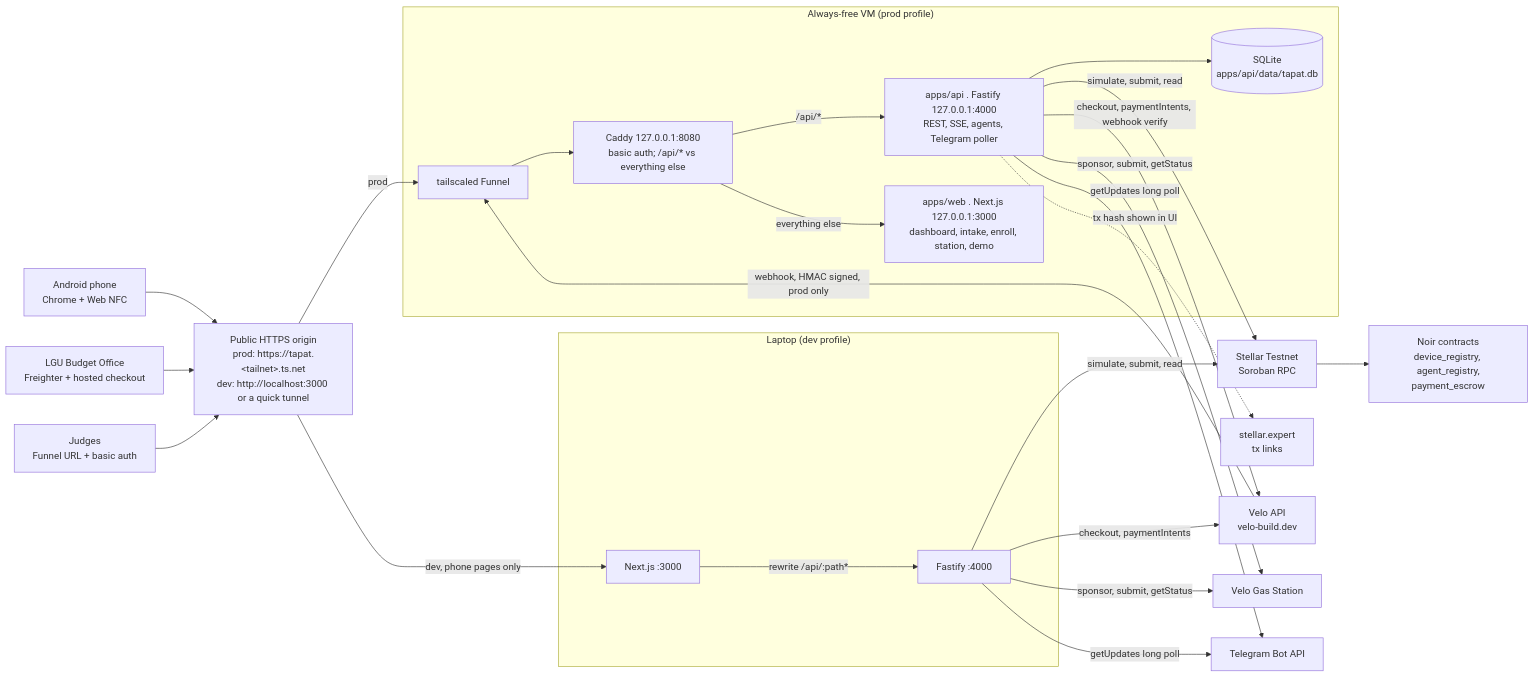
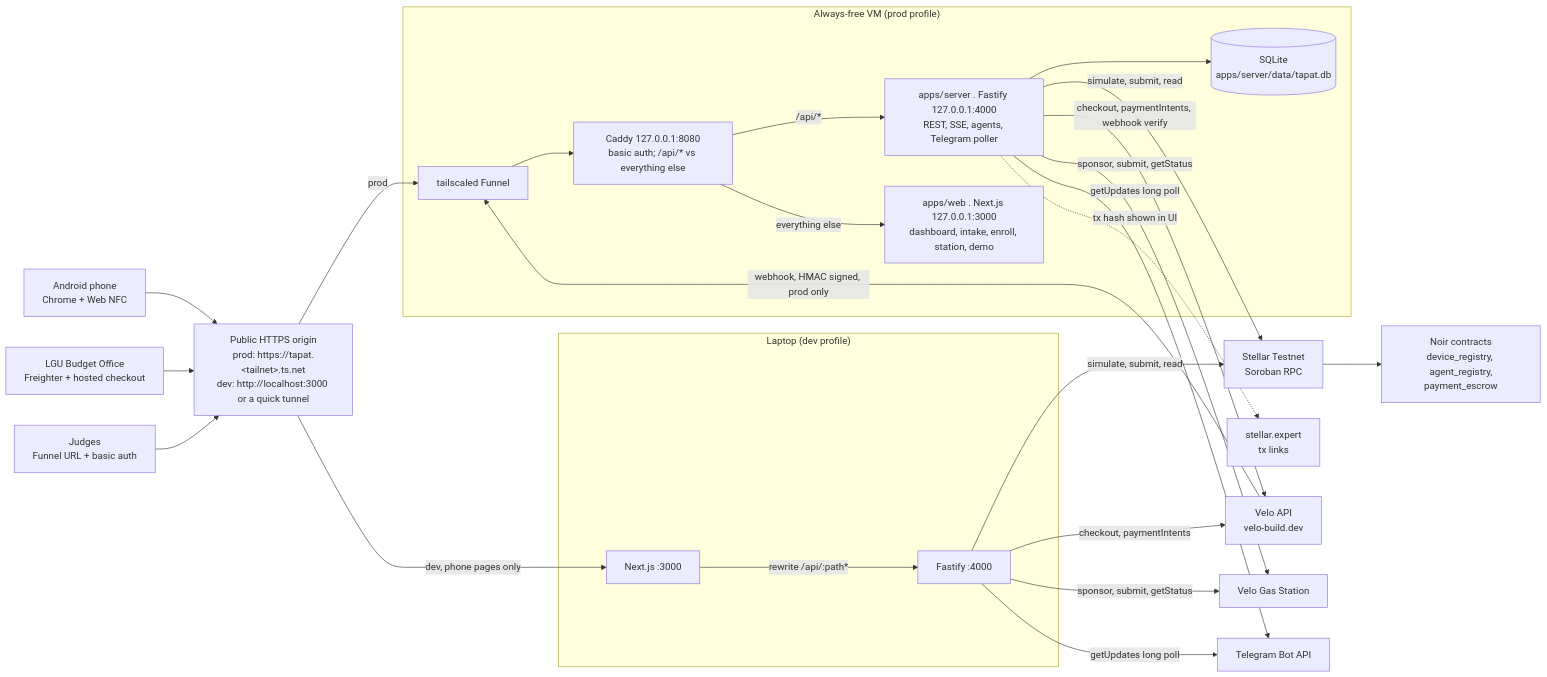
The first of 7 diagrams in docs/system-design.md (Jimuelle07/TAPat), drawn with Mermaid before and after one commit. The commit also changed other lines of this file and 53 other files, not shown here.

Commit message:
refactor: handbook monorepo layout (apps/server, packages/agent, root .env.example)

````diff
--- a/docs/system-design.md
+++ b/docs/system-design.md
@@ -33,49 +33,49 @@
 ```mermaid
 flowchart LR
     Phone["Android phone<br/>Chrome + Web NFC"]
     LGU["LGU Budget Office<br/>Freighter + hosted checkout"]
     Judges["Judges<br/>Funnel URL + basic auth"]
     Pub["Public HTTPS origin<br/>prod: https://tapat.&lt;tailnet&gt;.ts.net<br/>dev: http://localhost:3000 or a quick tunnel"]
 
     subgraph VM["Always-free VM (prod profile)"]
         Funnel["tailscaled Funnel"]
         Caddy["Caddy 127.0.0.1:8080<br/>basic auth; /api/* vs everything else"]
         Web["apps/web . Next.js 127.0.0.1:3000<br/>dashboard, intake, enroll, station, demo"]
-        API["apps/api . Fastify 127.0.0.1:4000<br/>REST, SSE, agents, Telegram poller"]
-        DB[("SQLite<br/>apps/api/data/tapat.db")]
+        API["apps/server . Fastify 127.0.0.1:4000<br/>REST, SSE, agents, Telegram poller"]
+        DB[("SQLite<br/>apps/server/data/tapat.db")]
         Funnel --> Caddy
         Caddy -->|"/api/*"| API
         Caddy -->|"everything else"| Web
         API --> DB
     end
 
     subgraph Lap["Laptop (dev profile)"]
         DevWeb["Next.js :3000"]
         DevAPI["Fastify :4000"]
         DevWeb -->|"rewrite /api/:path*"| DevAPI
     end
 
     RPC["Stellar Testnet<br/>Soroban RPC"]
     Noir["Noir contracts<br/>device_registry, agent_registry,<br/>payment_escrow"]
     Velo["Velo API<br/>velo-build.dev"]
     Gas["Velo Gas Station"]
     TG["Telegram Bot API"]
     XP["stellar.expert<br/>tx links"]
 
     Phone --> Pub
     LGU --> Pub
     Judges --> Pub
     Pub -->|"prod"| Funnel
     Pub -->|"dev, phone pages only"| DevWeb
     Velo -->|"webhook, HMAC signed, prod only"| Funnel
     API -->|"simulate, submit, read"| RPC
     DevAPI -->|"simulate, submit, read"| RPC
     RPC --> Noir
     API -->|"checkout, paymentIntents, webhook verify"| Velo
     DevAPI -->|"checkout, paymentIntents"| Velo
     API -->|"sponsor, submit, getStatus"| Gas
     DevAPI -->|"sponsor, submit, getStatus"| Gas
     API -->|"getUpdates long poll"| TG
     DevAPI -->|"getUpdates long poll"| TG
     API -.->|"tx hash shown in UI"| XP
 ```
````
